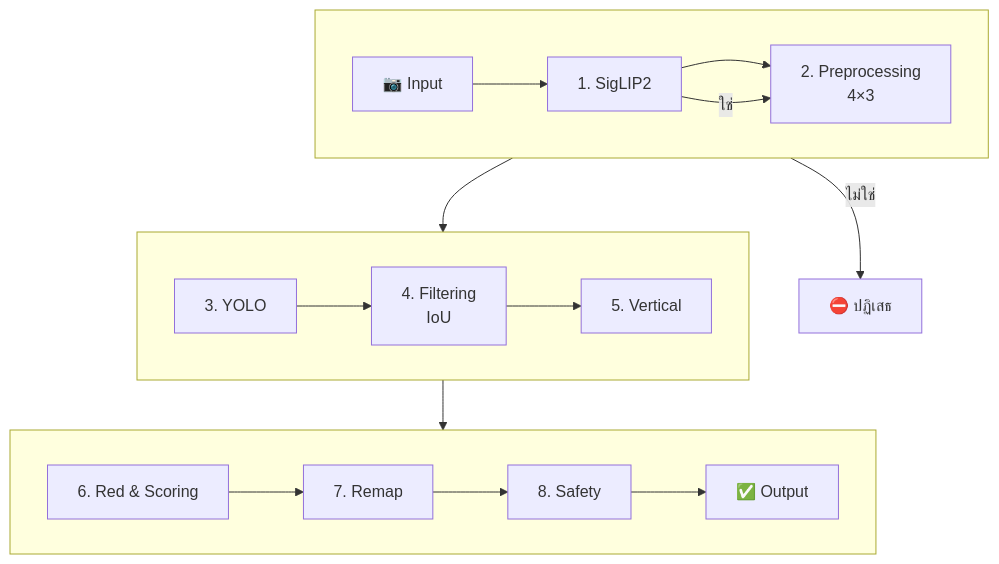
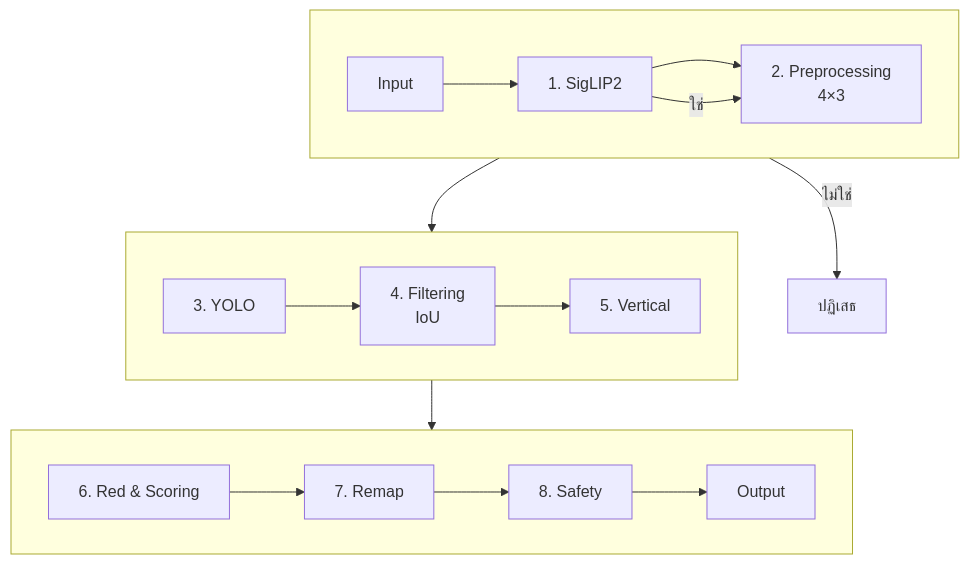
One commit to jirathxz/meter-reader changed the first of 4 diagrams in TUTORIAL.md. Above: the diagram before and after it, drawn with Mermaid. The commit also changed other lines of this file and 1 other file, not shown here.

````diff
--- a/TUTORIAL.md
+++ b/TUTORIAL.md
@@ -114,20 +114,20 @@
 ```mermaid
 %% 4:3 compact — not long line, 3 rows for A4
 flowchart TD
-    subgraph Row1 [ ]
-        direction LR
-        A["📷 Input"] --> B["1. SigLIP2"] --> C["2. Preprocessing<br/>4×3"]
-    end
-    subgraph Row2 [ ]
-        direction LR
-        D["3. YOLO"] --> E["4. Filtering<br/>IoU"] --> F["5. Vertical"]
-    end
-    subgraph Row3 [ ]
-        direction LR
-        G["6. Red & Scoring"] --> H["7. Remap"] --> I["8. Safety"] --> J["✅ Output"]
-    end
-    B -->|"ไม่ใช่"| B1["⛔ ปฏิเสธ"]
-    B -->|"ใช่"| C
-    C --> D
-    F --> G
+ subgraph Row1 [ ]
+ direction LR
+ A[" Input"] --> B["1. SigLIP2"] --> C["2. Preprocessing<br/>4×3"]
+ end
+ subgraph Row2 [ ]
+ direction LR
+ D["3. YOLO"] --> E["4. Filtering<br/>IoU"] --> F["5. Vertical"]
+ end
+ subgraph Row3 [ ]
+ direction LR
+ G["6. Red & Scoring"] --> H["7. Remap"] --> I["8. Safety"] --> J[" Output"]
+ end
+ B -->|"ไม่ใช่"| B1[" ปฏิเสธ"]
+ B -->|"ใช่"| C
+ C --> D
+ F --> G
 ```
````
